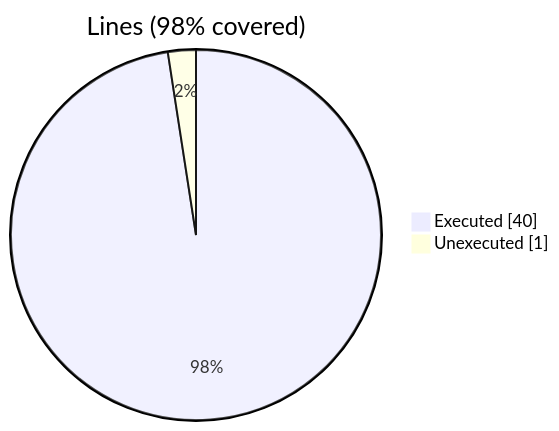
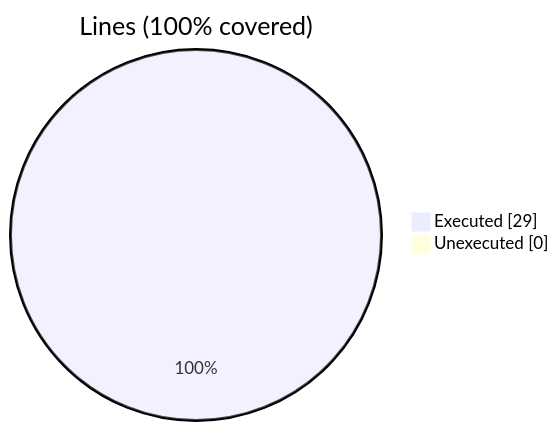
One commit to szaghi/FOSSIL changed diagram 19 of 34 in docs/guide/coverage-analysis.md. Above: the diagram before and after it, drawn with Mermaid. The commit also changed other lines of this file and 40 other files, not shown here.

````diff
--- a/docs/guide/coverage-analysis.md
+++ b/docs/guide/coverage-analysis.md
@@ -136,6 +291,6 @@
 ```mermaid
 pie showData
-    title Lines (98% covered)
-    "Executed" : 40
-    "Unexecuted" : 1
+    title Lines (100% covered)
+    "Executed" : 29
+    "Unexecuted" : 0
 ```
````
